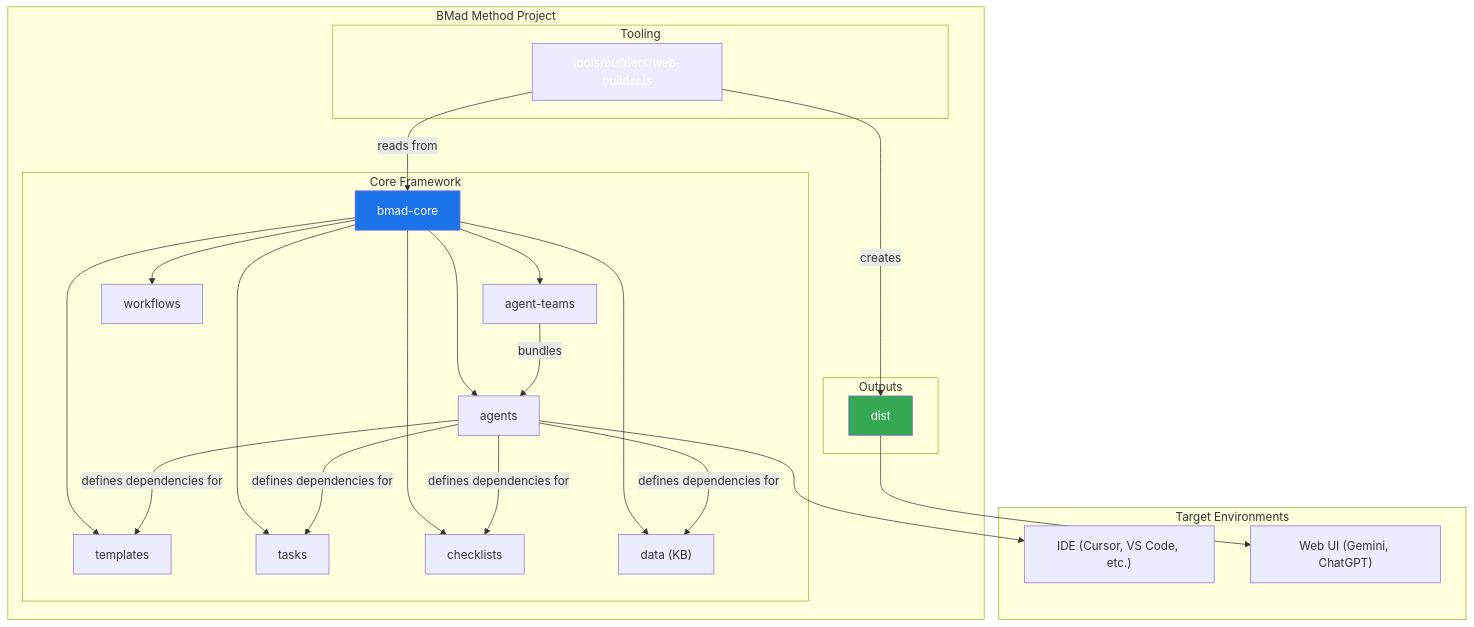
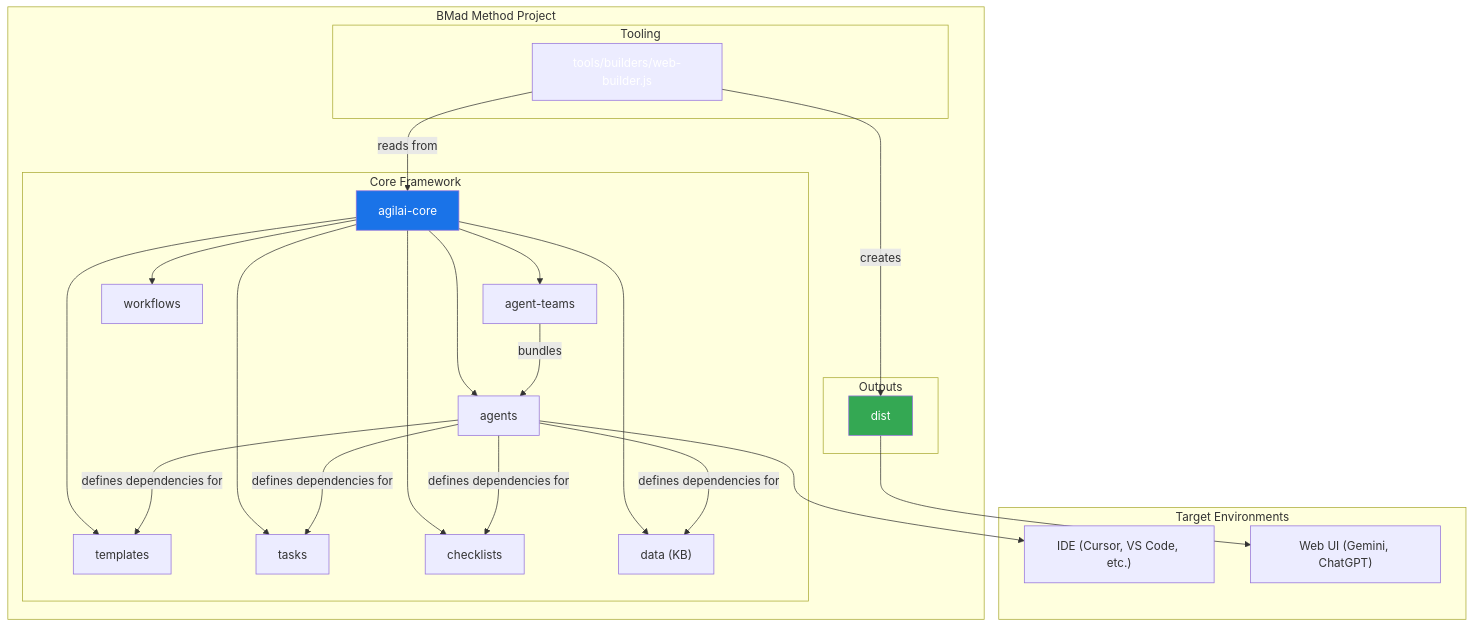
The first of 3 diagrams in docs/core-architecture.md (bacoco/AiDesigner), drawn with Mermaid before and after one commit. The commit also changed other lines of this file and 137 other files, not shown here.

Commit message:
Rename core package to agilai-core and refresh builds

````diff
--- a/docs/core-architecture.md
+++ b/docs/core-architecture.md
@@ -17,44 +17,44 @@
 ```mermaid
 graph TD
     subgraph BMad Method Project
         subgraph Core Framework
-            A["bmad-core"]
+            A["agilai-core"]
             A --> B["agents"]
             A --> C["agent-teams"]
             A --> D["workflows"]
             A --> E["templates"]
             A --> F["tasks"]
             A --> G["checklists"]
             A --> H["data (KB)"]
         end
 
         subgraph Tooling
             I["tools/builders/web-builder.js"]
         end
 
         subgraph Outputs
             J["dist"]
         end
 
         B -- defines dependencies for --> E
         B -- defines dependencies for --> F
         B -- defines dependencies for --> G
         B -- defines dependencies for --> H
 
         C -- bundles --> B
         I -- reads from --> A
         I -- creates --> J
     end
 
     subgraph Target Environments
         K["IDE (Cursor, VS Code, etc.)"]
         L["Web UI (Gemini, ChatGPT)"]
     end
 
     B --> K
     J --> L
 
     style A fill:#1a73e8,color:#fff
     style I fill:#f9abagilaiagilai,color:#fff
     style J fill:#34a853,color:#fff
 ```
````
